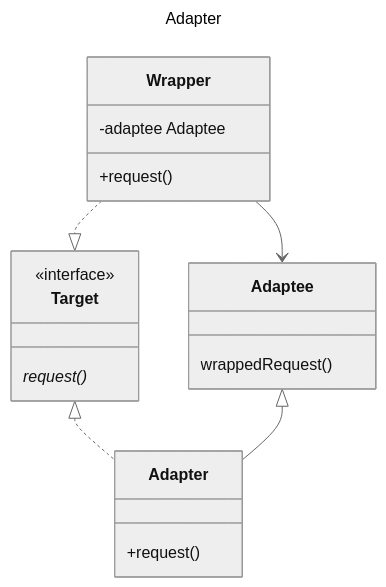
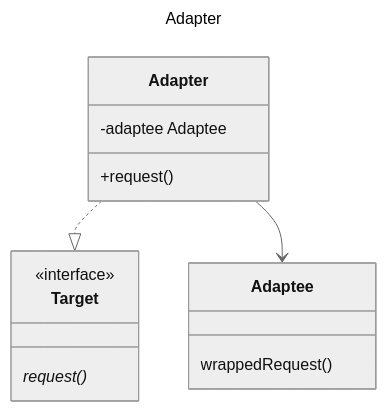
One commit to mtrigueira/JGoF changed the diagram in src/main/java/org/example/gof/structure/adapter/Adapter.md. Above: the diagram before and after it, drawn with Mermaid (neutral theme). The commit also changed 14 other files, not shown here.

````diff
--- a/src/main/java/org/example/gof/structure/adapter/Adapter.md
+++ b/src/main/java/org/example/gof/structure/adapter/Adapter.md
@@ -1,24 +1,20 @@
 ```mermaid
 ---
 title: Adapter
 ---
 classDiagram
     class Target {
         <<interface>>
         request()*
     }
-    class Adapter {
-        +request()
-    }
+
     class Adaptee {
         wrappedRequest()
     }
-    class Wrapper {
+    class Adapter {
         -adaptee Adaptee
         +request()
     }
-    Target <|.. Adapter
-    Wrapper ..|> Target
-    Adaptee <|-- Adapter
-    Wrapper --> Adaptee
+    Adapter ..|> Target
+    Adapter --> Adaptee
 ```
````
